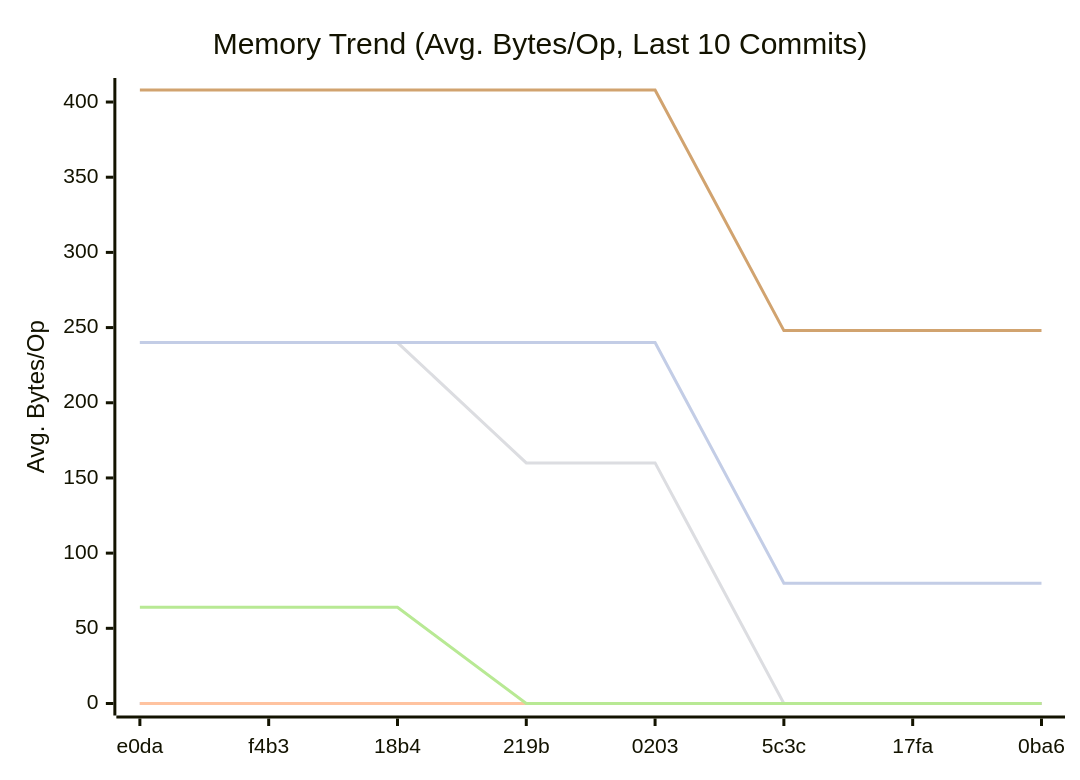
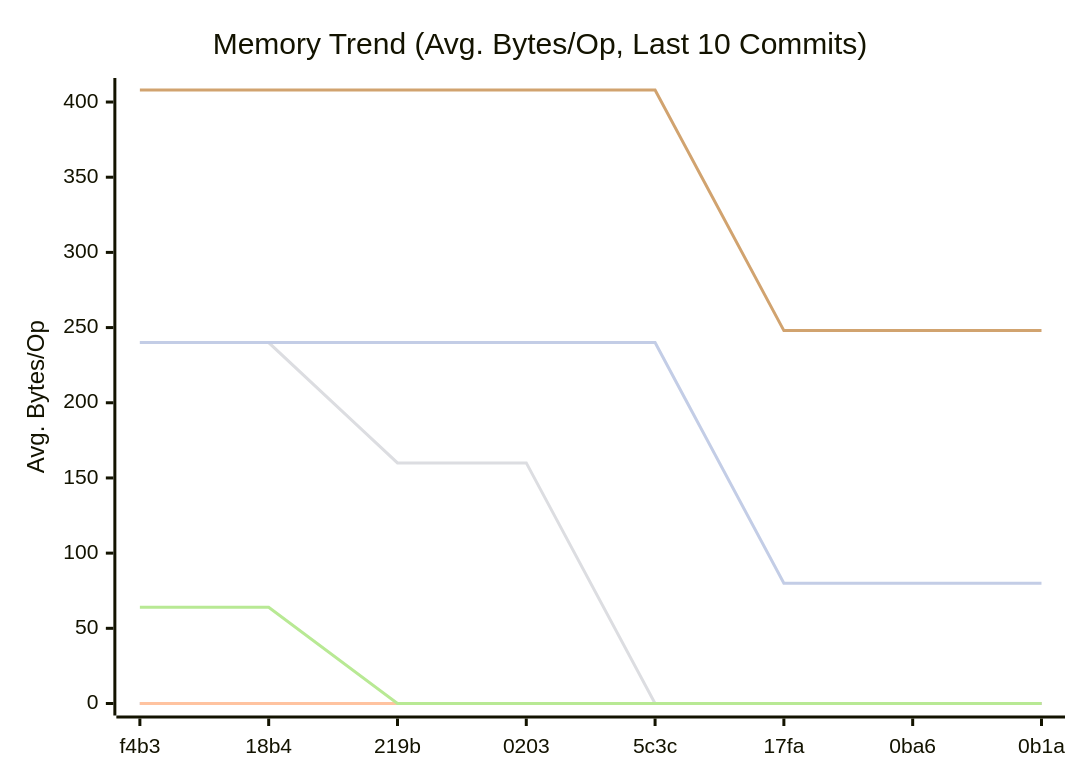
Before and after one commit to alsotoes/momo: the second of 3 diagrams in docs/README.md, drawn with Mermaid. The commit also changed other lines of this file and 1 other file, not shown here.

````diff
--- a/docs/README.md
+++ b/docs/README.md
@@ -203,14 +203,14 @@
 ```mermaid
 xychart-beta
     title "Memory Trend (Avg. Bytes/Op, Last 10 Commits)"
     x-axis "Commit"
     y-axis "Avg. Bytes/Op"
-    x-axis [e0da,f4b3,18b4,219b,0203,5c3c,17fa,0ba6]
+    x-axis [f4b3,18b4,219b,0203,5c3c,17fa,0ba6,0b1a]
     line "CheckMetricsAndSwap" [0,0,0,0,0,0,0,0,0,0]
     line "IndexDirectTracking" [0,0,0,0,0,0,0,0,0,0]
     line "IndexSearch" [0,0,0,0,0,0,0,0,0,0]
-    line "LoadGlobalConfig" [240,240,240,160,160,0,0,0,0,0]
-    line "PadString" [64,64,64,0,0,0,0,0,0,0]
+    line "LoadGlobalConfig" [240,240,160,160,0,0,0,0,0,0]
+    line "PadString" [64,64,0,0,0,0,0,0,0,0]
     line "ParseReplicationOrder_NoPrealloc" [408,408,408,408,408,248,248,248,248,248]
     line "ParseReplicationOrder_Prealloc" [240,240,240,240,240,80,80,80,80,80]
 ```
````
